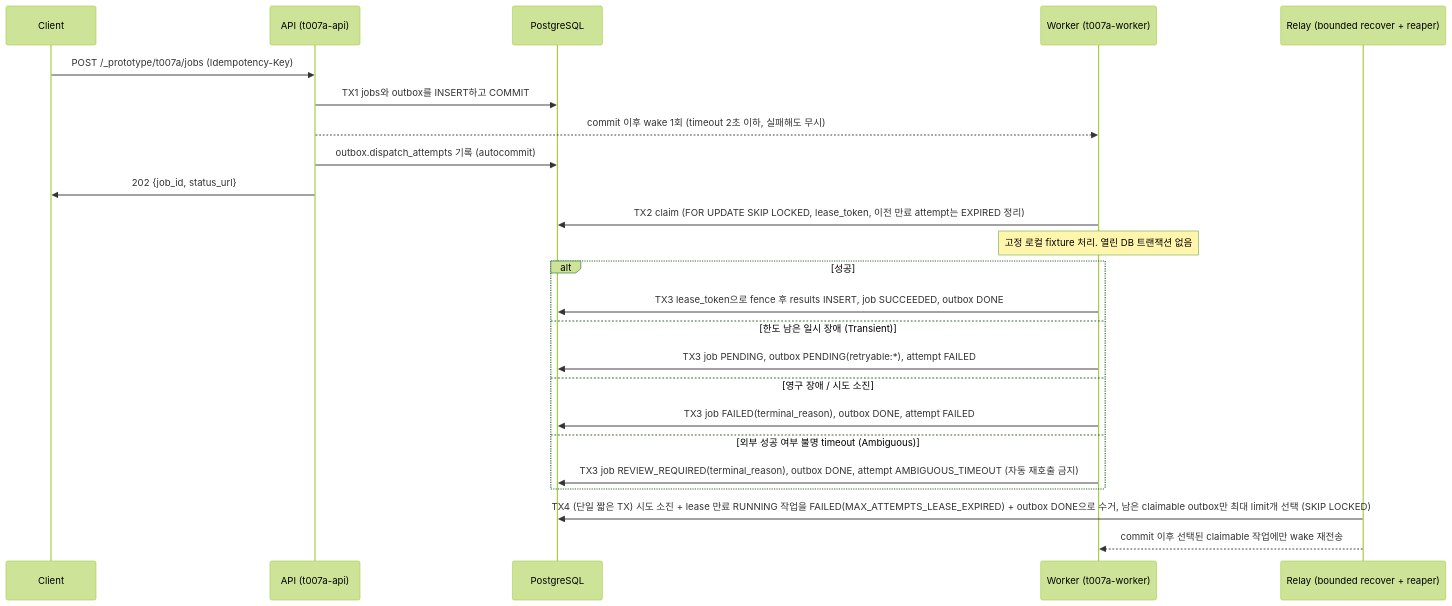
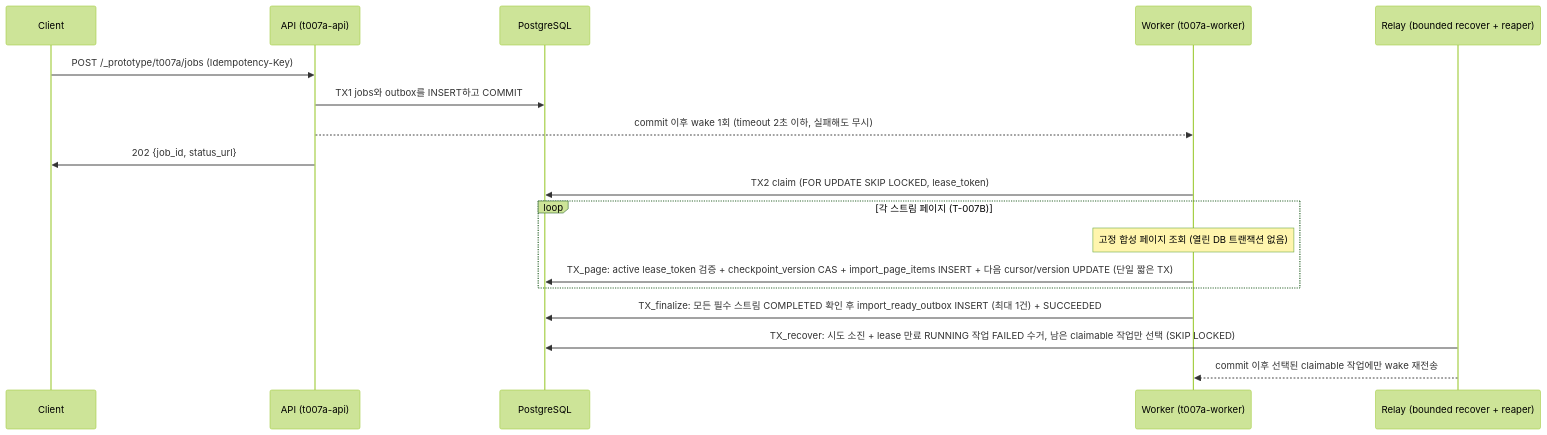
Before and after one commit to eddy81848/Career-Memory: the diagram in spikes/t007a-worker/README.md, drawn with Mermaid (forest theme). The commit also changed other lines of this file and 6 other files, not shown here.

Commit message:
T-007B: add fenced page+checkpoint initial-import verification and IMPORT_READY race tests

````diff
--- a/spikes/t007a-worker/README.md
+++ b/spikes/t007a-worker/README.md
@@ -11,26 +11,20 @@
 ```mermaid
 sequenceDiagram
     participant C as Client
     participant A as API (t007a-api)
     participant P as PostgreSQL
     participant W as Worker (t007a-worker)
     participant R as Relay (bounded recover + reaper)
     C->>A: POST /_prototype/t007a/jobs (Idempotency-Key)
     A->>P: TX1 jobs와 outbox를 INSERT하고 COMMIT
     A-->>W: commit 이후 wake 1회 (timeout 2초 이하, 실패해도 무시)
-    A->>P: outbox.dispatch_attempts 기록 (autocommit)
     A->>C: 202 {job_id, status_url}
-    W->>P: TX2 claim (FOR UPDATE SKIP LOCKED, lease_token, 이전 만료 attempt는 EXPIRED 정리)
-    Note over W: 고정 로컬 fixture 처리. 열린 DB 트랜잭션 없음
-    alt 성공
-        W->>P: TX3 lease_token으로 fence 후 results INSERT, job SUCCEEDED, outbox DONE
-    else 한도 남은 일시 장애 (Transient)
-        W->>P: TX3 job PENDING, outbox PENDING(retryable:*), attempt FAILED
-    else 영구 장애 / 시도 소진
-        W->>P: TX3 job FAILED(terminal_reason), outbox DONE, attempt FAILED
-    else 외부 성공 여부 불명 timeout (Ambiguous)
-        W->>P: TX3 job REVIEW_REQUIRED(terminal_reason), outbox DONE, attempt AMBIGUOUS_TIMEOUT (자동 재호출 금지)
+    W->>P: TX2 claim (FOR UPDATE SKIP LOCKED, lease_token)
+    loop 각 스트림 페이지 (T-007B)
+        Note over W: 고정 합성 페이지 조회 (열린 DB 트랜잭션 없음)
+        W->>P: TX_page: active lease_token 검증 + checkpoint_version CAS + import_page_items INSERT + 다음 cursor/version UPDATE (단일 짧은 TX)
     end
-    R->>P: TX4 (단일 짧은 TX) 시도 소진 + lease 만료 RUNNING 작업을 FAILED(MAX_ATTEMPTS_LEASE_EXPIRED) + outbox DONE으로 수거, 남은 claimable outbox만 최대 limit개 선택 (SKIP LOCKED)
+    W->>P: TX_finalize: 모든 필수 스트림 COMPLETED 확인 후 import_ready_outbox INSERT (최대 1건) + SUCCEEDED
+    R->>P: TX_recover: 시도 소진 + lease 만료 RUNNING 작업 FAILED 수거, 남은 claimable 작업만 선택 (SKIP LOCKED)
     R-->>W: commit 이후 선택된 claimable 작업에만 wake 재전송
 ```
````
